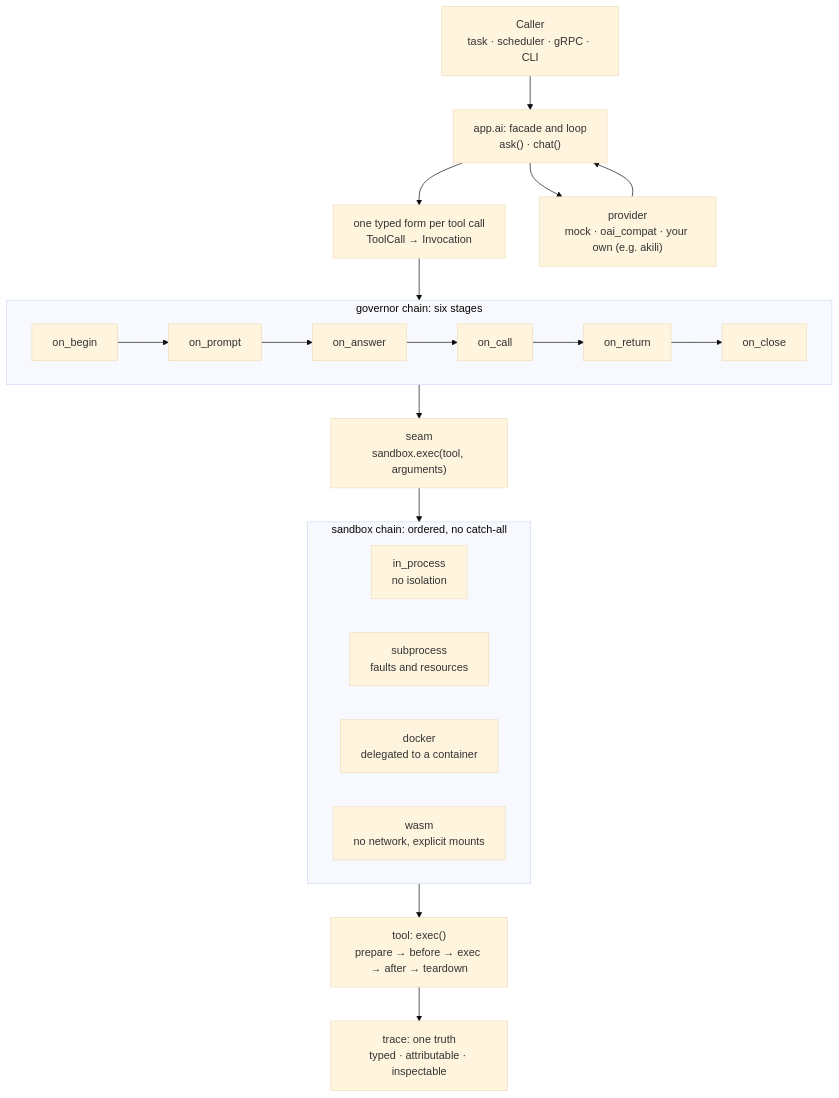
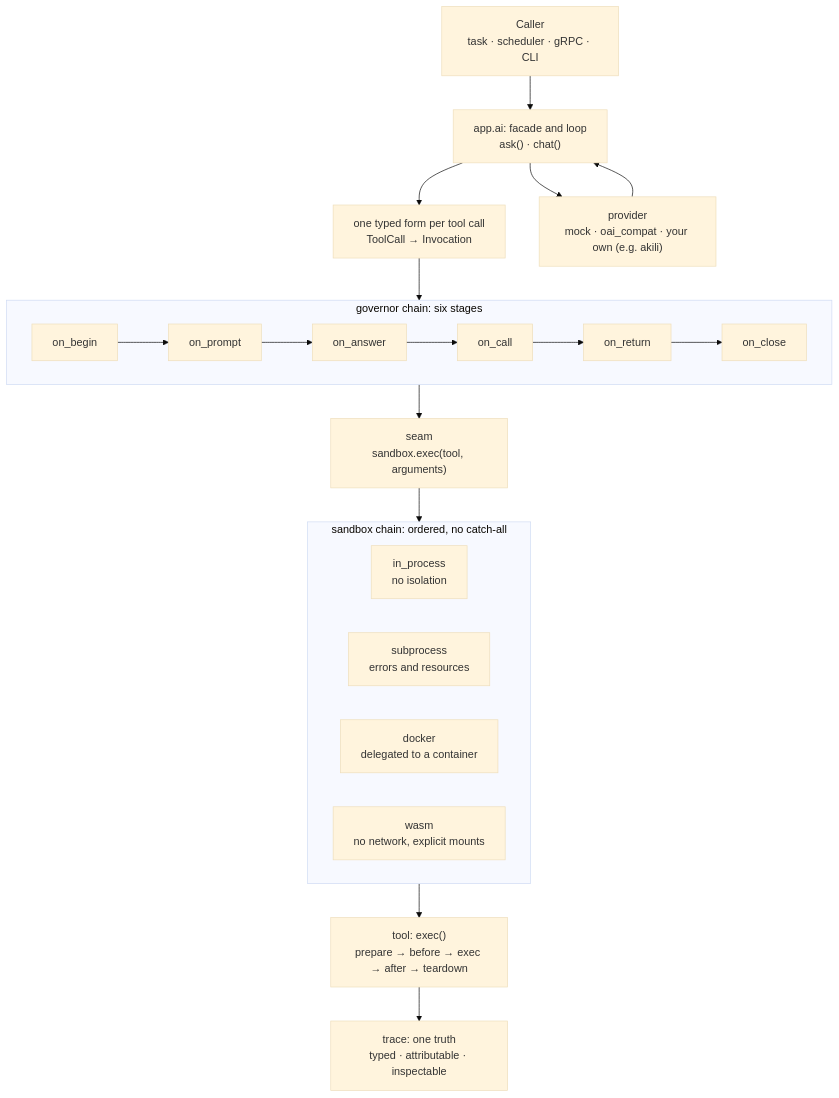
One commit to tokeo/fundi changed the diagram in MISSION.md. Above: the diagram before and after it, drawn with Mermaid (base theme). The commit also changed other lines of this file and 51 other files, not shown here.

````diff
--- a/MISSION.md
+++ b/MISSION.md
@@ -95,31 +95,31 @@
 ```mermaid
 flowchart TD
     Caller["Caller<br/>task · scheduler · gRPC · CLI"] --> Facade
 
     Facade["app.ai: facade and loop<br/>ask() · chat()"] --> Norm
     Norm["one typed form per tool call<br/>ToolCall → Invocation"] --> Chain
 
     subgraph Chain["governor chain: six stages"]
         direction LR
         G1["on_begin"] --> G2["on_prompt"] --> G3["on_answer"] --> G4["on_call"] --> G5["on_return"] --> G6["on_close"]
     end
 
     Chain --> Seam
     Seam["seam<br/>sandbox.exec(tool, arguments)"] --> SB
 
     subgraph SB["sandbox chain: ordered, no catch-all"]
         direction LR
         S1["in_process<br/>no isolation"]
-        S2["subprocess<br/>faults and resources"]
+        S2["subprocess<br/>errors and resources"]
         S3["docker<br/>delegated to a container"]
         S4["wasm<br/>no network, explicit mounts"]
     end
 
     SB --> Tool["tool: exec()<br/>prepare → before → exec → after → teardown"]
     Tool --> Trace
 
     Facade --> Prov
     Prov["provider<br/>mock · oai_compat · your own (e.g. akili)"] --> Facade
 
     Trace["trace: one truth<br/>typed · attributable · inspectable"]
 ```
````
